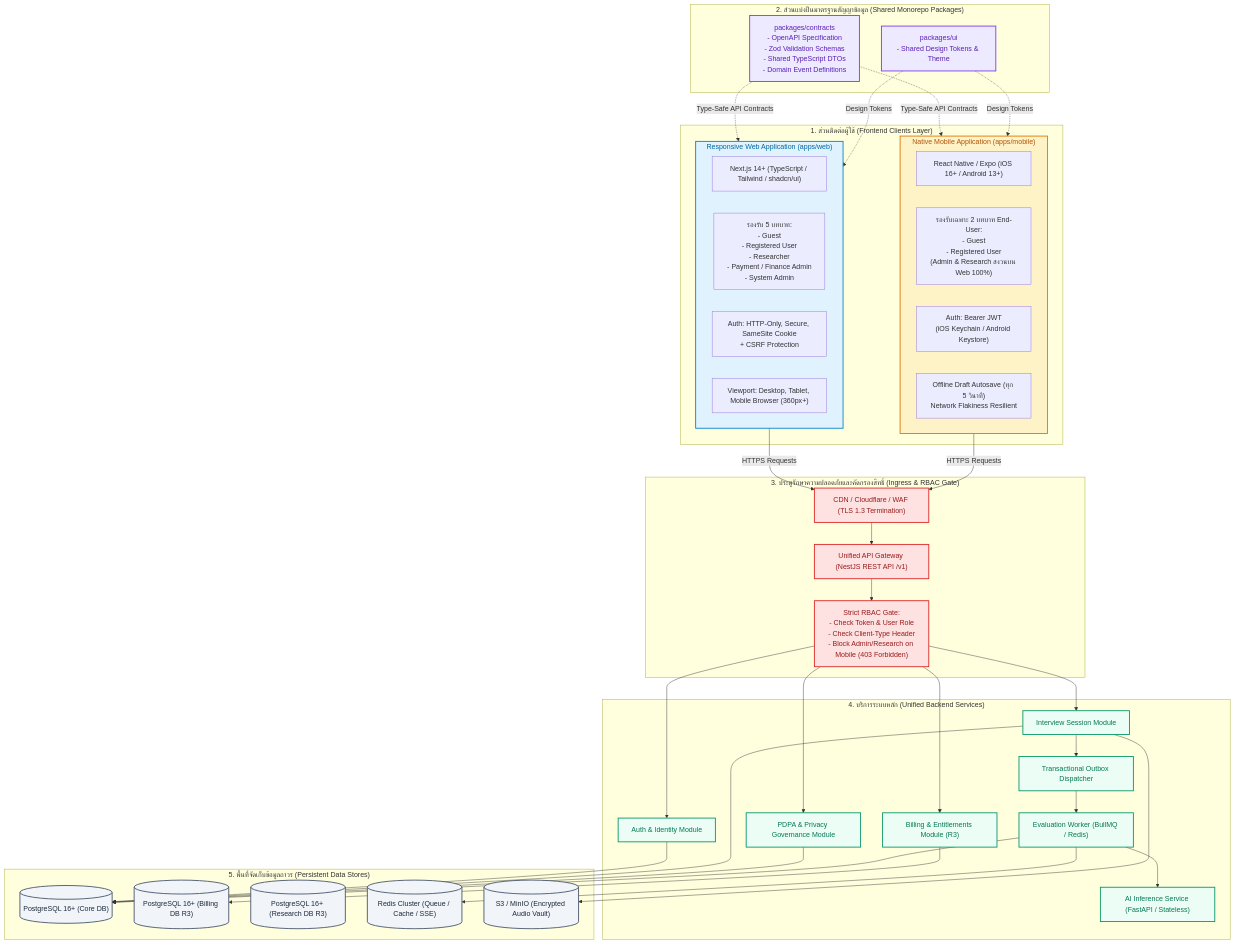
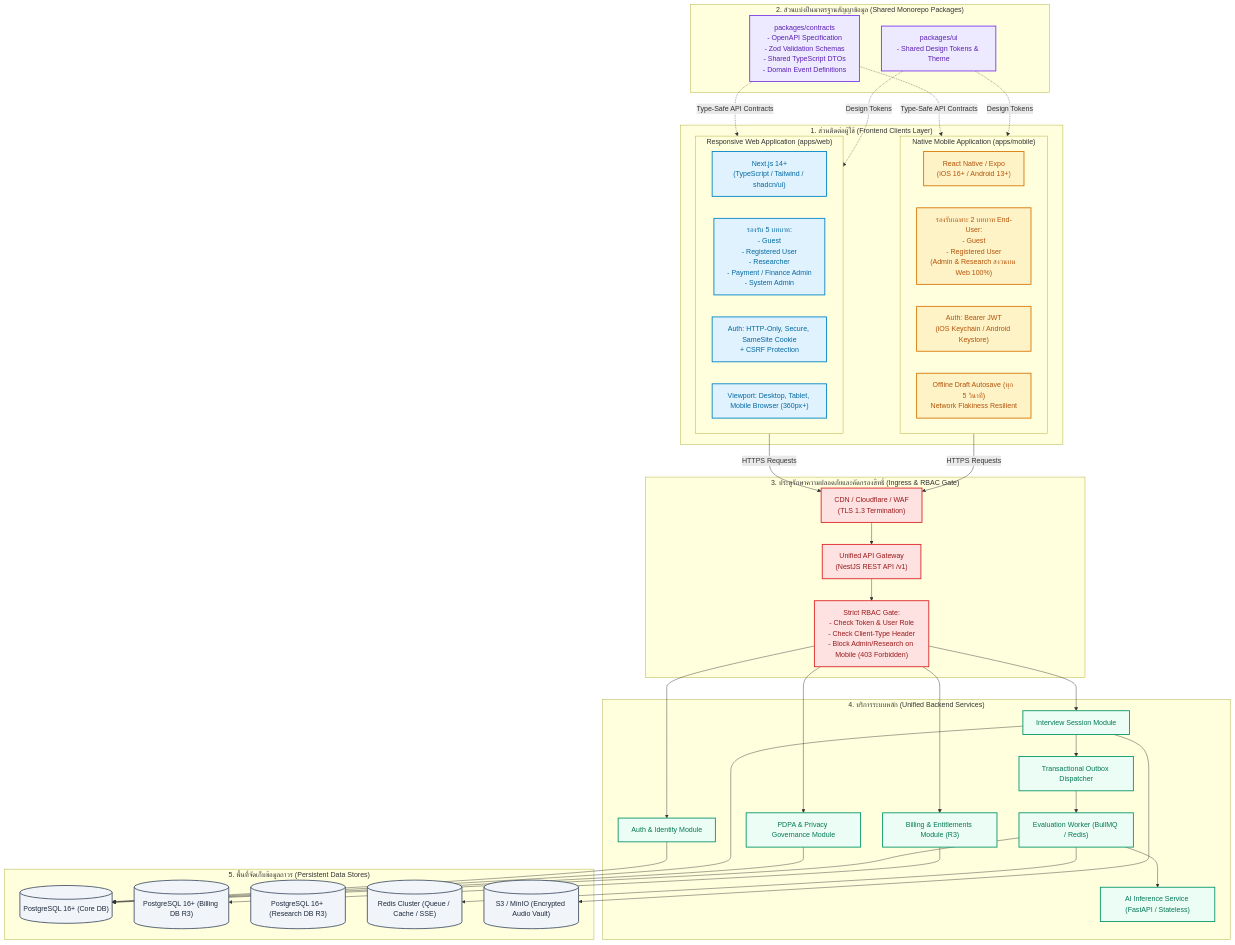
Diagram 17 of 26 in docs-interviex/03_SRS_Requirements/InterviewX_SRS_Report_Revised_TH.md (Phoomss/interviewx-datahub), drawn with Mermaid before and after one commit. The commit also changed other lines of this file and 21 other files, not shown here.

Commit message:
fix error Unable to render rich display for all diagram

````diff
--- a/docs-interviex/03_SRS_Requirements/InterviewX_SRS_Report_Revised_TH.md
+++ b/docs-interviex/03_SRS_Requirements/InterviewX_SRS_Report_Revised_TH.md
@@ -1813,25 +1813,24 @@
 ```mermaid
 flowchart TD
     %% Styling & Classes
-    classDef clientWeb fill:#e0f2fe,stroke:#0284c7,stroke-width:2px,color:#0369a1;
-    classDef clientMobile fill:#fef3c7,stroke:#d97706,stroke-width:2px,color:#b45309;
-    classDef sharedContracts fill:#ede9fe,stroke:#7c3aed,stroke-width:2px,color:#5b21b6;
-    classDef securityGate fill:#fee2e2,stroke:#dc2626,stroke-width:2px,color:#991b1b;
-    classDef backendCore fill:#ecfdf5,stroke:#059669,stroke-width:2px,color:#047857;
-    classDef dataStore fill:#f1f5f9,stroke:#475569,stroke-width:2px,color:#1e293b;
-    classDef external fill:#f3f4f6,stroke:#9ca3af,stroke-width:1px,color:#374151;
+    classDef clientWeb fill:#e0f2fe,stroke:#0284c7,stroke-width:2px,color:#0369a1
+    classDef clientMobile fill:#fef3c7,stroke:#d97706,stroke-width:2px,color:#b45309
+    classDef sharedContracts fill:#ede9fe,stroke:#7c3aed,stroke-width:2px,color:#5b21b6
+    classDef securityGate fill:#fee2e2,stroke:#dc2626,stroke-width:2px,color:#991b1b
+    classDef backendCore fill:#ecfdf5,stroke:#059669,stroke-width:2px,color:#047857
+    classDef dataStore fill:#f1f5f9,stroke:#475569,stroke-width:2px,color:#1e293b
 
     %% 1. Client Layer
     subgraph ClientLayer["1. ส่วนติดต่อผู้ใช้ (Frontend Clients Layer)"]
         subgraph WebApp["Responsive Web Application (apps/web)"]
-            W_Tech["Next.js 14+ (TypeScript / Tailwind / shadcn/ui)"]
+            W_Tech["Next.js 14+<br/>(TypeScript / Tailwind / shadcn/ui)"]
             W_Roles["รองรับ 5 บทบาท:<br/>- Guest<br/>- Registered User<br/>- Researcher<br/>- Payment / Finance Admin<br/>- System Admin"]
             W_Auth["Auth: HTTP-Only, Secure, SameSite Cookie<br/>+ CSRF Protection"]
             W_View["Viewport: Desktop, Tablet, Mobile Browser (360px+)"]
         end
 
         subgraph MobileApp["Native Mobile Application (apps/mobile)"]
-            M_Tech["React Native / Expo (iOS 16+ / Android 13+)"]
+            M_Tech["React Native / Expo<br/>(iOS 16+ / Android 13+)"]
             M_Roles["รองรับเฉพาะ 2 บทบาท End-User:<br/>- Guest<br/>- Registered User<br/>(Admin & Research สงวนบน Web 100%)"]
             M_Auth["Auth: Bearer JWT<br/>(iOS Keychain / Android Keystore)"]
             M_Storage["Offline Draft Autosave (ทุก 5 วินาที)<br/>Network Flakiness Resilient"]
@@ -1851,8 +1850,8 @@
 
     %% 3. Ingress & Security Gate
     subgraph SecurityLayer["3. ประตูรักษาความปลอดภัยและคัดกรองสิทธิ์ (Ingress & RBAC Gate)"]
-        Edge["CDN / Cloudflare / WAF (TLS 1.3 Termination)"]
-        BFF["Unified API Gateway (NestJS REST API /v1)"]
+        Edge["CDN / Cloudflare / WAF<br/>(TLS 1.3 Termination)"]
+        BFF["Unified API Gateway<br/>(NestJS REST API /v1)"]
         RBAC["Strict RBAC Gate:<br/>- Check Token & User Role<br/>- Check Client-Type Header<br/>- Block Admin/Research on Mobile (403 Forbidden)"]
     end
 
@@ -1897,10 +1896,10 @@
     Worker --> RedisStore
     Core_Interview --> ObjectStore
 
-    class WebApp clientWeb;
-    class MobileApp clientMobile;
-    class Contracts,UI_Shared sharedContracts;
-    class Edge,BFF,RBAC securityGate;
-    class Core_Auth,Core_Interview,Core_Billing,Core_Privacy,Core_Outbox,Worker,AIService backendCore;
-    class CoreDB,BillingDB,ResearchDB,RedisStore,ObjectStore dataStore;
+    class W_Tech,W_Roles,W_Auth,W_View clientWeb
+    class M_Tech,M_Roles,M_Auth,M_Storage clientMobile
+    class Contracts,UI_Shared sharedContracts
+    class Edge,BFF,RBAC securityGate
+    class Core_Auth,Core_Interview,Core_Billing,Core_Privacy,Core_Outbox,Worker,AIService backendCore
+    class CoreDB,BillingDB,ResearchDB,RedisStore,ObjectStore dataStore
 ```
````
